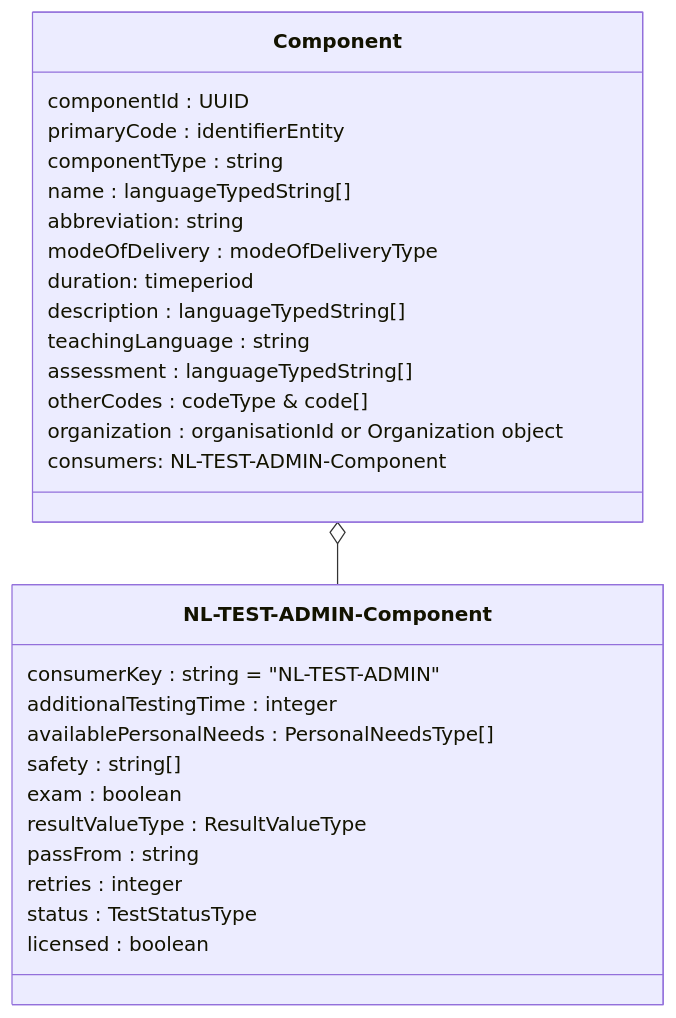
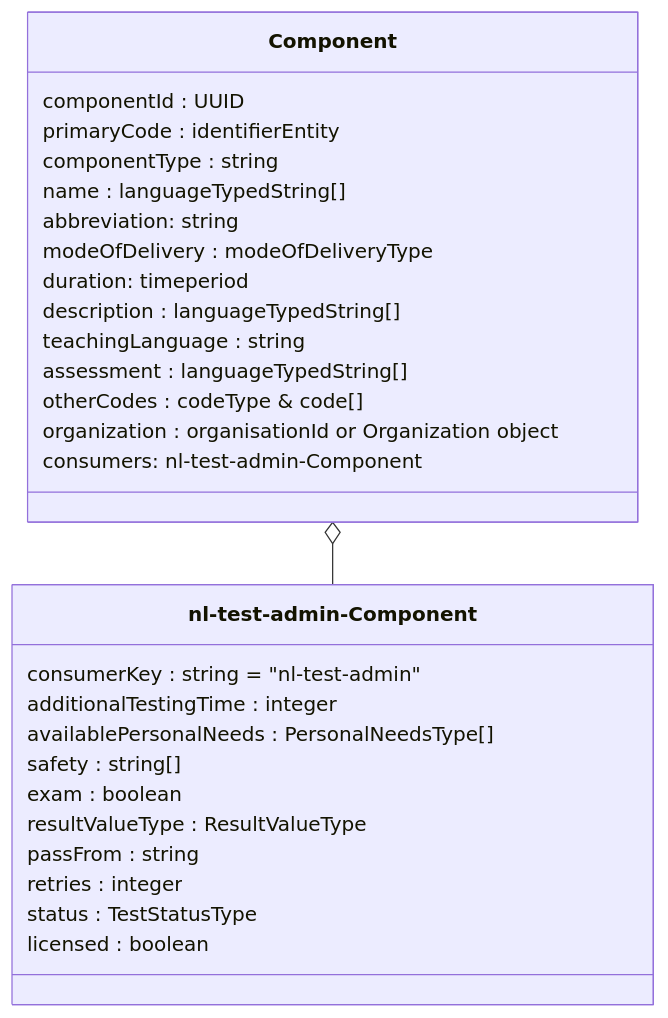
The second of 3 diagrams in doc/flow0.md (NetwerkExamineringDigitalisering/NED-OOAPI), drawn with Mermaid before and after one commit. The commit also changed other lines of this file and 26 other files, not shown here.

````diff
--- a/doc/flow0.md
+++ b/doc/flow0.md
@@ -21,31 +21,31 @@
 ```mermaid
 classDiagram
     class Component {
     	componentId : UUID
       primaryCode : identifierEntity
       componentType : string
       name : languageTypedString[]
       abbreviation: string
       modeOfDelivery : modeOfDeliveryType
       duration: timeperiod
       description : languageTypedString[]
       teachingLanguage : string
       assessment : languageTypedString[]
       otherCodes : codeType & code[]
       organization : organisationId or Organization object
-      consumers: NL-TEST-ADMIN-Component
+      consumers: nl-test-admin-Component
     }
-    class `NL-TEST-ADMIN-Component` {
-    	consumerKey : string = "NL-TEST-ADMIN"
+    class `nl-test-admin-Component` {
+    	consumerKey : string = "nl-test-admin"
       additionalTestingTime : integer
       availablePersonalNeeds : PersonalNeedsType[]
       safety : string[]
       exam : boolean
       resultValueType : ResultValueType
       passFrom : string
       retries : integer
       status : TestStatusType
       licensed : boolean
     }
-    Component o-- `NL-TEST-ADMIN-Component`
+    Component o-- `nl-test-admin-Component`
 ```
````
